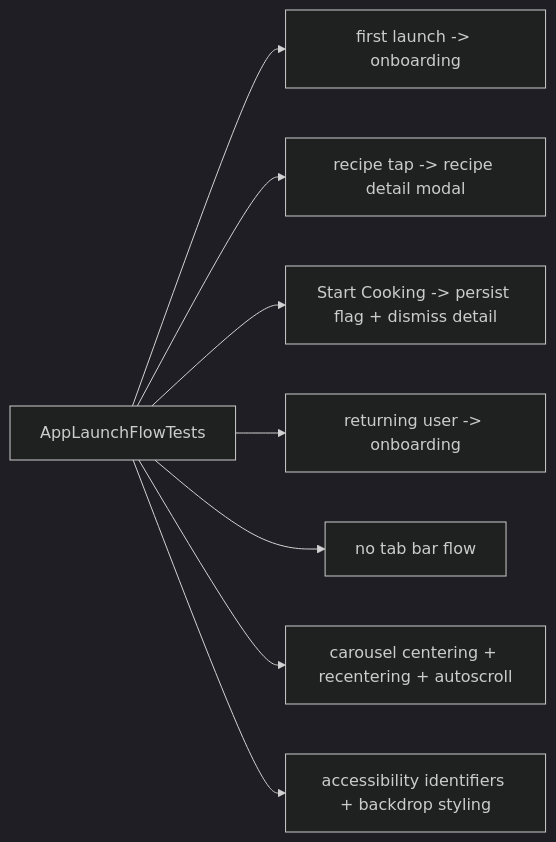
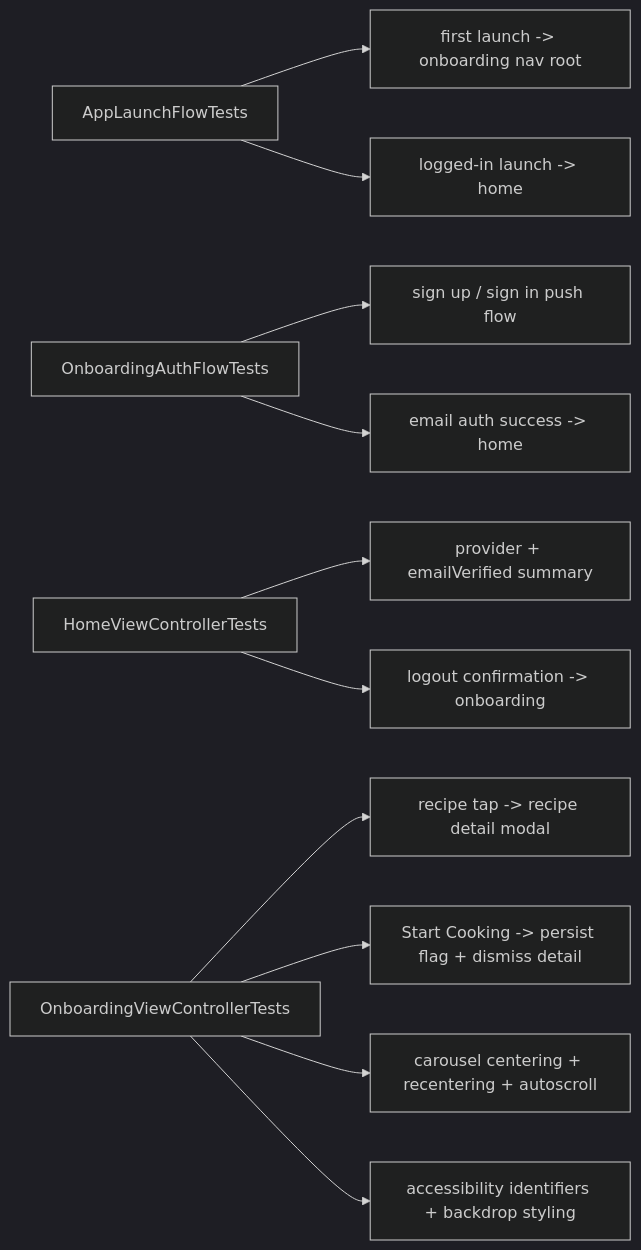
The sixth of 6 diagrams in ARCHITECTURE.md (bengidev/ios-mrr-experiment), drawn with Mermaid (dark theme) before and after one commit. The commit also changed other lines of this file and 15 other files, not shown here.

````diff
--- a/ARCHITECTURE.md
+++ b/ARCHITECTURE.md
@@ -176,19 +272,28 @@
 ```mermaid
 flowchart LR
-  tests["AppLaunchFlowTests"]
-  first["first launch -> onboarding"]
+  launch["AppLaunchFlowTests"]
+  auth["OnboardingAuthFlowTests"]
+  home["HomeViewControllerTests"]
+  onboarding["OnboardingViewControllerTests"]
+  first["first launch -> onboarding nav root"]
+  signedIn["logged-in launch -> home"]
+  authPush["sign up / sign in push flow"]
+  authSuccess["email auth success -> home"]
+  homeSummary["provider + emailVerified summary"]
+  logout["logout confirmation -> onboarding"]
   detail["recipe tap -> recipe detail modal"]
   finish["Start Cooking -> persist flag + dismiss detail"]
-  returning["returning user -> onboarding"]
-  noTabs["no tab bar flow"]
   carousel["carousel centering + recentering + autoscroll"]
   a11y["accessibility identifiers + backdrop styling"]
 
-  tests --> first
-  tests --> detail
-  tests --> finish
-  tests --> returning
-  tests --> noTabs
-  tests --> carousel
-  tests --> a11y
+  launch --> first
+  launch --> signedIn
+  auth --> authPush
+  auth --> authSuccess
+  home --> homeSummary
+  home --> logout
+  onboarding --> detail
+  onboarding --> finish
+  onboarding --> carousel
+  onboarding --> a11y
 ```
````
